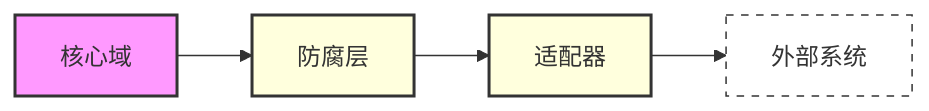
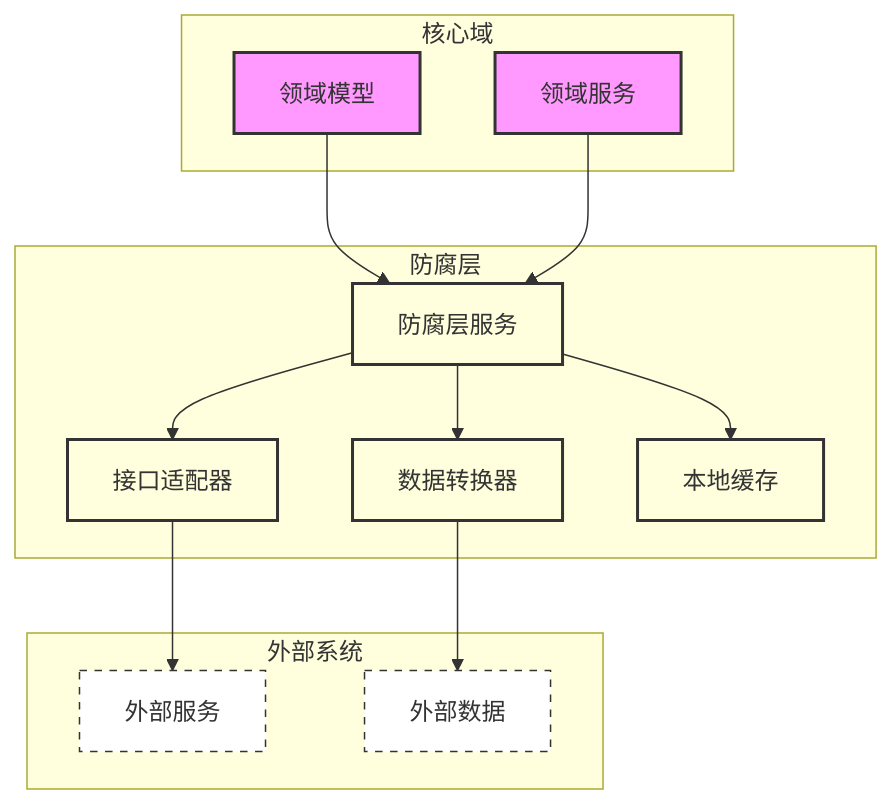
One commit to jamesdx/dove changed the diagram in doc/02 template/00 design/dove-ddd-design-anticorruption-layer.md. Above: the diagram before and after it, drawn with Mermaid. The commit also changed other lines of this file and 5 other files, not shown here.

````diff
--- a/doc/02 template/00 design/dove-ddd-design-anticorruption-layer.md
+++ b/doc/02 template/00 design/dove-ddd-design-anticorruption-layer.md
@@ -42,13 +59,42 @@
 ```mermaid
-graph LR
-    A[核心域] --> B[防腐层]
-    B --> C[适配器]
-    C --> D[外部系统]
+graph TB
+    subgraph "核心域"
+        DM[领域模型]
+        DS[领域服务]
+    end
+
+    subgraph "防腐层"
+        ACL[防腐层服务]
+        CONV[数据转换器]
+        ADAPT[接口适配器]
+        CACHE[本地缓存]
+    end
+
+    subgraph "外部系统"
+        EXT[外部服务]
+        EXTDB[外部数据]
+    end
+
+    %% 核心域与防腐层的关系
+    DM --> ACL
+    DS --> ACL
     
+    %% 防腐层内部组件关系
+    ACL --> CONV
+    ACL --> ADAPT
+    ACL --> CACHE
+    
+    %% 防腐层与外部系统的关系
+    ADAPT --> EXT
+    CONV --> EXTDB
+
+    %% 样式定义
     classDef core fill:#f9f,stroke:#333,stroke-width:2px;
     classDef acl fill:#ffd,stroke:#333,stroke-width:2px;
     classDef external fill:#fff,stroke:#333,stroke-width:1px,stroke-dasharray: 5 5;
-    class A core
-    class B,C acl
-    class D external
+    
+    %% 应用样式
+    class DM,DS core;
+    class ACL,CONV,ADAPT,CACHE acl;
+    class EXT,EXTDB external;
 ```
````
